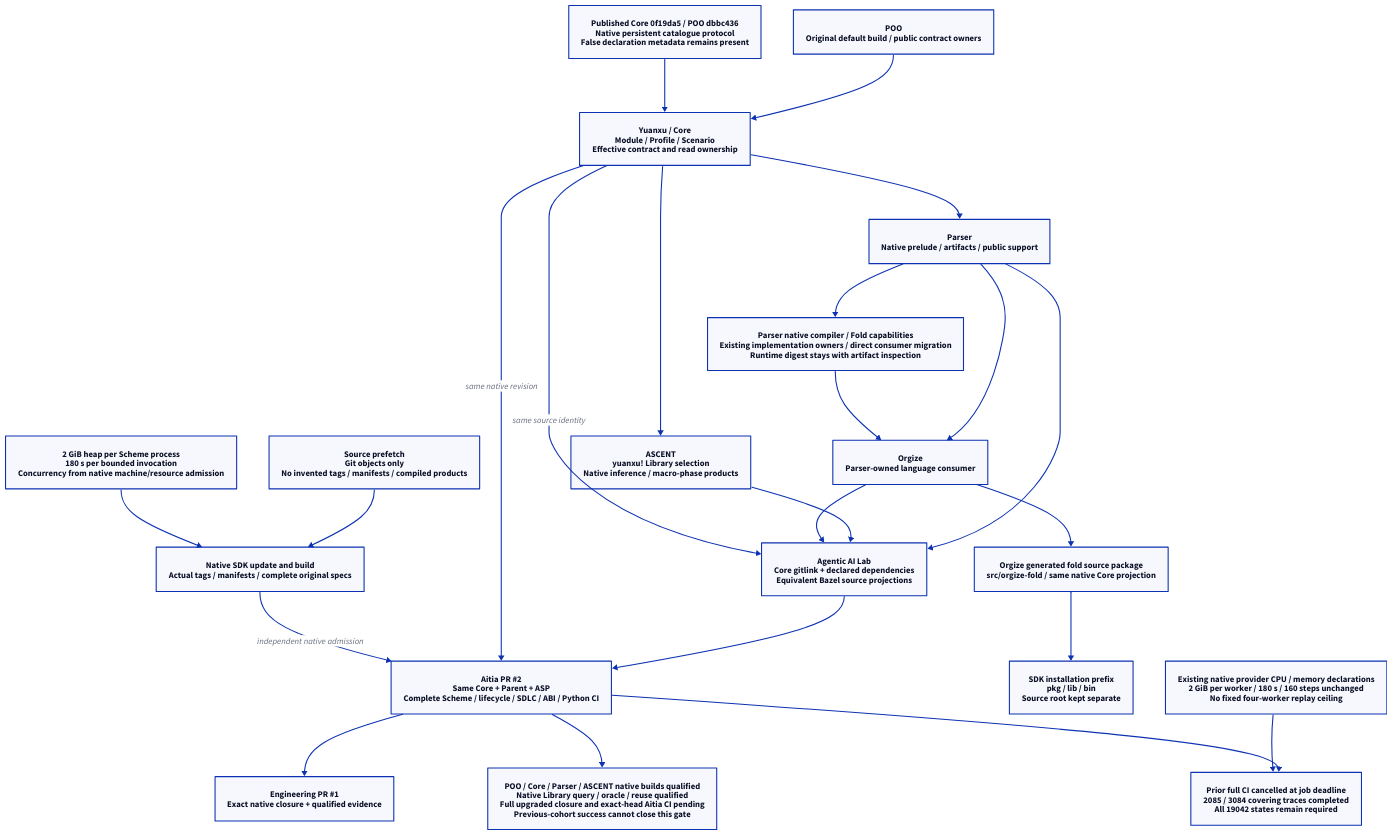
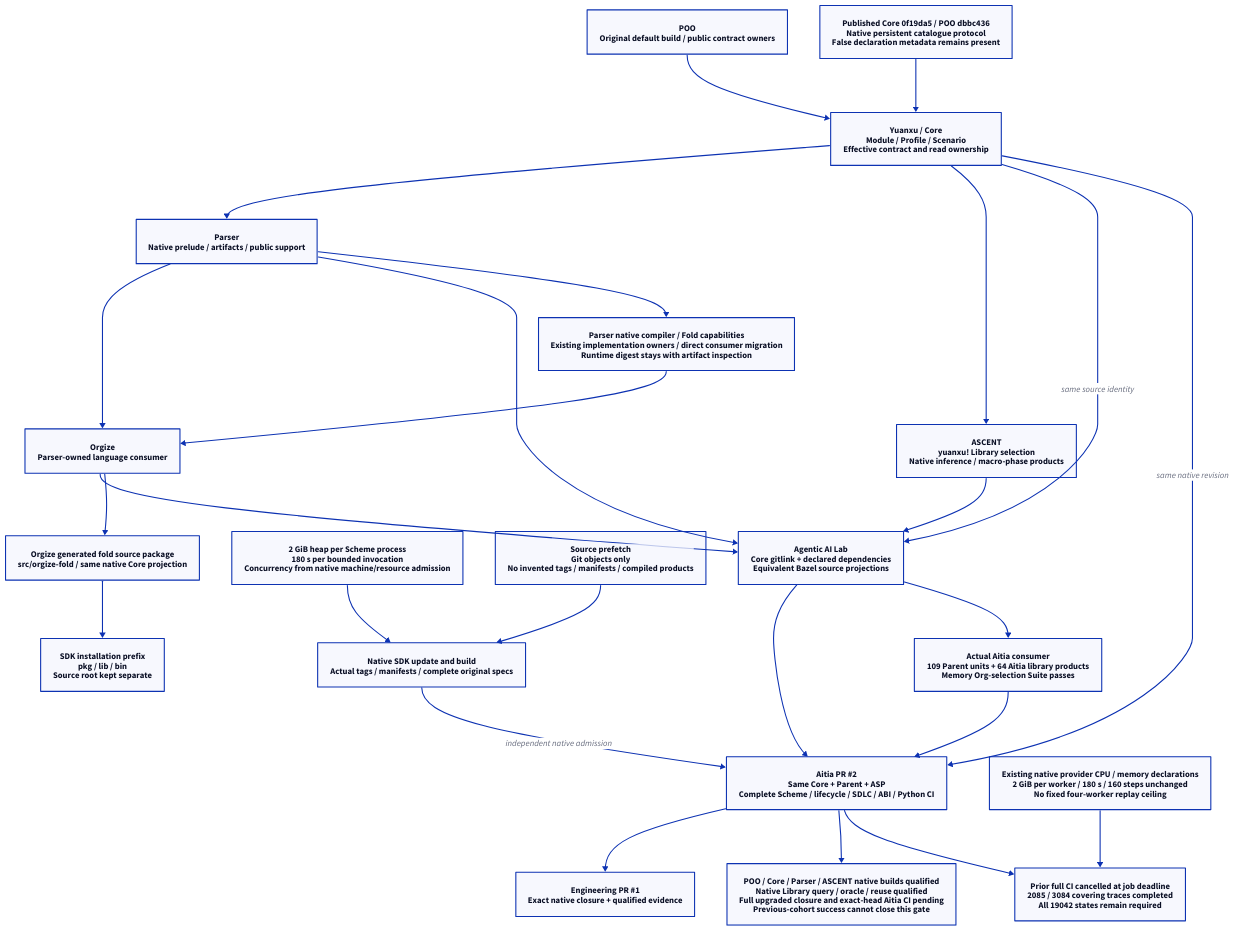
Before and after one commit to hardenedlinux/deterministic-engineering: the diagram in docs/90-99-views/90-architecture-views/90.117-native-dependency-cohort-upgrade.d2, drawn with D2. The commit also changed 2 other files, not shown here.

Commit message:
Record actual Aitia consumer and exact-head CI admission boundary

```diff
--- a/docs/90-99-views/90-architecture-views/90.117-native-dependency-cohort-upgrade.d2
+++ b/docs/90-99-views/90-architecture-views/90.117-native-dependency-cohort-upgrade.d2
@@ -1,42 +1,45 @@
 direction: down
 poo: "POO\nOriginal default build / public contract owners"
 core: "Yuanxu / Core\nModule / Profile / Scenario\nEffective contract and read ownership"
 parser: "Parser\nNative prelude / artifacts / public support"
 ascent: "ASCENT\nyuanxu! Library selection\nNative inference / macro-phase products"
 orgize: "Orgize\nParser-owned language consumer"
 parent: "Agentic AI Lab\nCore gitlink + declared dependencies\nEquivalent Bazel source projections"
 aitia: "Aitia PR #2\nSame Core + Parent + ASP\nComplete Scheme / lifecycle / SDLC / ABI / Python CI"
 engineering: "Engineering PR #1\nExact native closure + qualified evidence"
 poo -> core
 core -> parser
 core -> ascent
 parser -> orgize
 parser -> parent
 ascent -> parent
 orgize -> parent
 core -> parent: "same source identity"
 parent -> aitia
 core -> aitia: "same native revision"
 aitia -> engineering
 contract: "2 GiB heap per Scheme process\n180 s per bounded invocation\nConcurrency from native machine/resource admission"
 source: "Source prefetch\nGit objects only\nNo invented tags / manifests / compiled products"
 sdk: "Native SDK update and build\nActual tags / manifests / complete original specs"
 source -> sdk
 contract -> sdk
 sdk -> aitia: "independent native admission"
 status: "POO / Core / Parser / ASCENT native builds qualified\nNative Library query / oracle / reuse qualified\nFull upgraded closure and exact-head Aitia CI pending\nPrevious-cohort success cannot close this gate"
 aitia -> status
 
 fold: "Orgize generated fold source package\nsrc/orgize-fold / same native Core projection"
 installed: "SDK installation prefix\npkg / lib / bin\nSource root kept separate"
 orgize -> fold -> installed
 
 catalog: "Published Core 0f19da5 / POO dbbc436\nNative persistent catalogue protocol\nFalse declaration metadata remains present"
 catalog -> core
 replay: "Prior full CI cancelled at job deadline\n2085 / 3084 covering traces completed\nAll 19042 states remain required"
 aitia -> replay
 resources: "Existing native provider CPU / memory declarations\n2 GiB per worker / 180 s / 160 steps unchanged\nNo fixed four-worker replay ceiling"
 resources -> replay
 
 capabilities: "Parser native compiler / Fold capabilities\nExisting implementation owners / direct consumer migration\nRuntime digest stays with artifact inspection"
 parser -> capabilities -> orgize
+
+consumer: "Actual Aitia consumer\n109 Parent units + 64 Aitia library products\nMemory Org-selection Suite passes"
+parent -> consumer -> aitia
```
